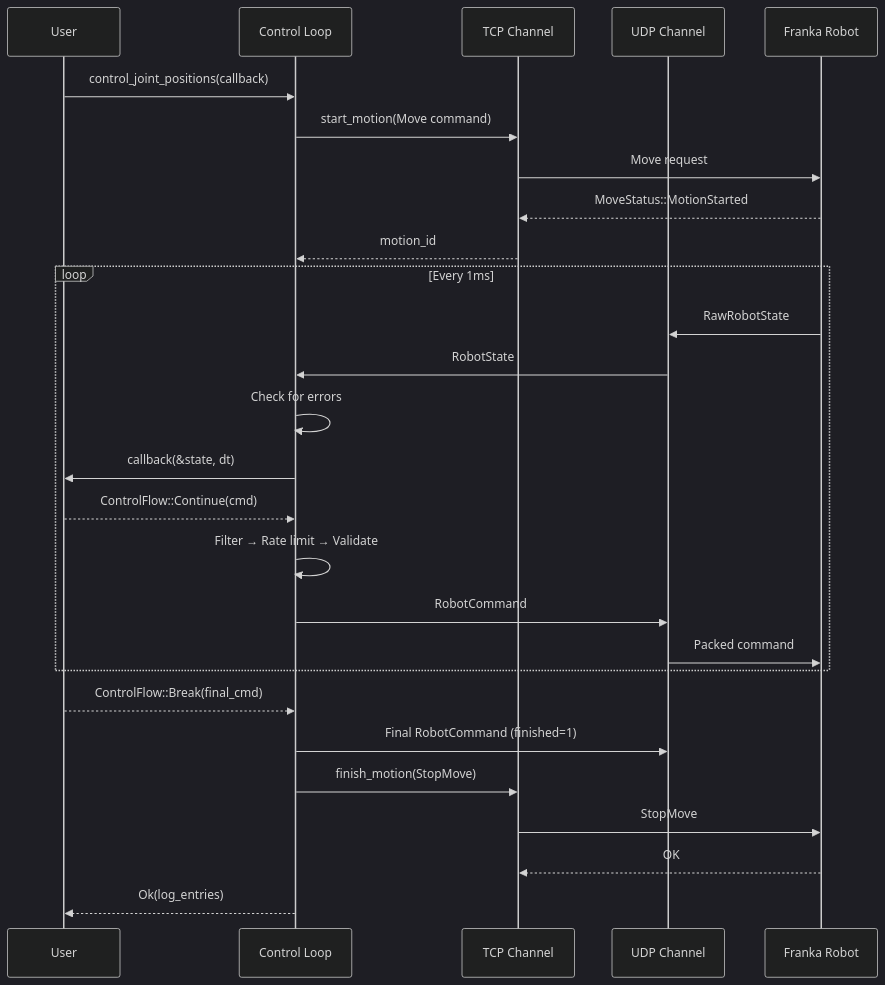
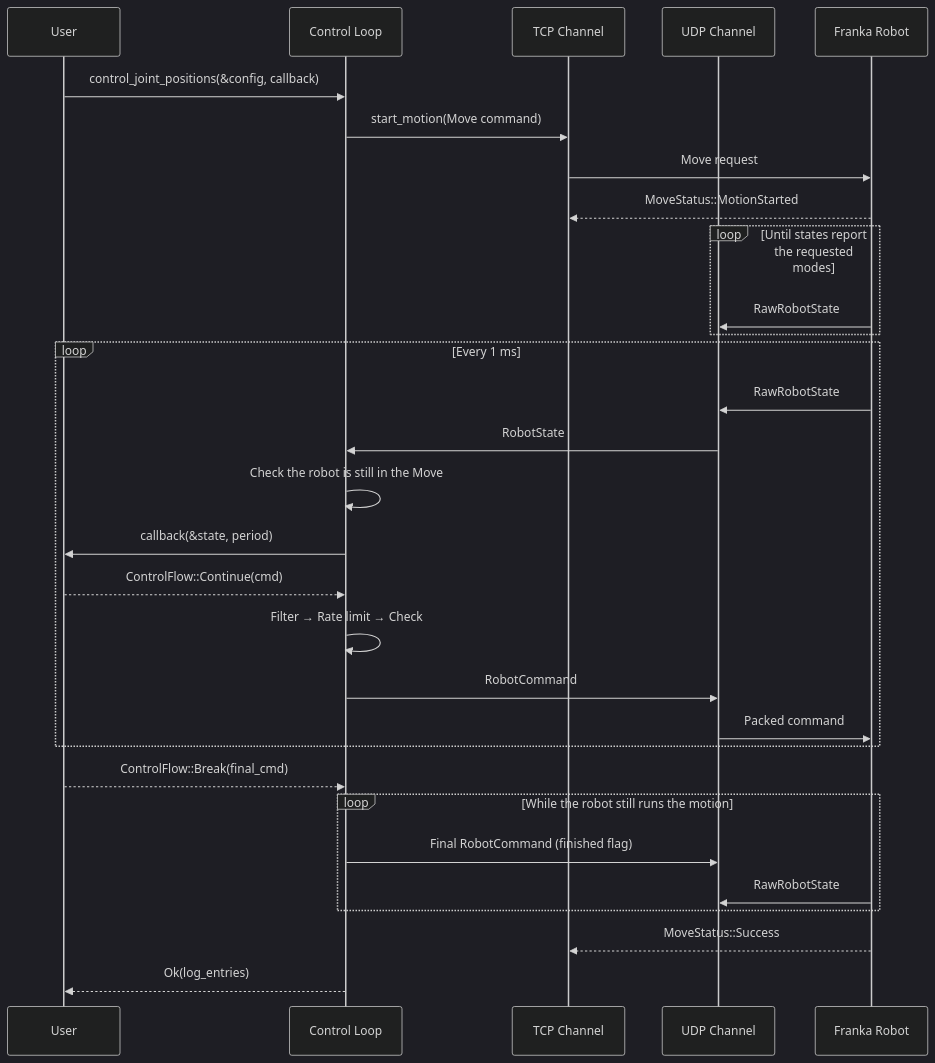
Before and after one commit to ColeTen/franka-rs: the fourth of 4 diagrams in docs/src/modules/control-loop.md, drawn with Mermaid (dark theme). The commit also changed other lines of this file and 43 other files, not shown here.

````diff
--- a/docs/src/modules/control-loop.md
+++ b/docs/src/modules/control-loop.md
@@ -135,33 +160,36 @@
 ```mermaid
 sequenceDiagram
     participant User
     participant CL as Control Loop
     participant TCP as TCP Channel
     participant UDP as UDP Channel
     participant Robot as Franka Robot
 
-    User->>CL: control_joint_positions(callback)
+    User->>CL: control_joint_positions(&config, callback)
 
     CL->>TCP: start_motion(Move command)
     TCP->>Robot: Move request
     Robot-->>TCP: MoveStatus::MotionStarted
-    TCP-->>CL: motion_id
+    loop Until states report the requested modes
+        Robot->>UDP: RawRobotState
+    end
 
-    loop Every 1ms
+    loop Every 1 ms
         Robot->>UDP: RawRobotState
         UDP->>CL: RobotState
-        CL->>CL: Check for errors
-        CL->>User: callback(&state, dt)
+        CL->>CL: Check the robot is still in the Move
+        CL->>User: callback(&state, period)
         User-->>CL: ControlFlow::Continue(cmd)
-        CL->>CL: Filter → Rate limit → Validate
+        CL->>CL: Filter → Rate limit → Check
         CL->>UDP: RobotCommand
         UDP->>Robot: Packed command
     end
 
     User-->>CL: ControlFlow::Break(final_cmd)
-    CL->>UDP: Final RobotCommand (finished=1)
-    CL->>TCP: finish_motion(StopMove)
-    TCP->>Robot: StopMove
-    Robot-->>TCP: OK
+    loop While the robot still runs the motion
+        CL->>UDP: Final RobotCommand (finished flag)
+        Robot->>UDP: RawRobotState
+    end
+    Robot-->>TCP: MoveStatus::Success
     CL-->>User: Ok(log_entries)
 ```
````
